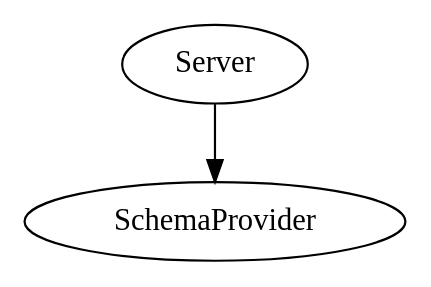
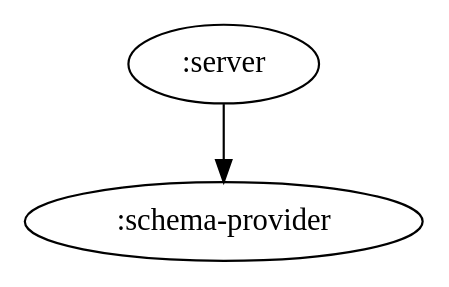
One commit to walmartlabs/lacinia changed the diagram in docs/tutorial/component.rst. Above: the diagram before and after it, drawn with Graphviz. The commit also changed other lines of this file, not shown here.

```diff
--- a/docs/tutorial/component.rst
+++ b/docs/tutorial/component.rst
@@ -45,10 +49,10 @@
 .. graphviz::
 
     digraph {
 
-      server [label="Server"]
-      schema [label="SchemaProvider"]
+      server [label=":server"]
+      schema [label=":schema-provider"]
 
       server -> schema
 
     }
```
